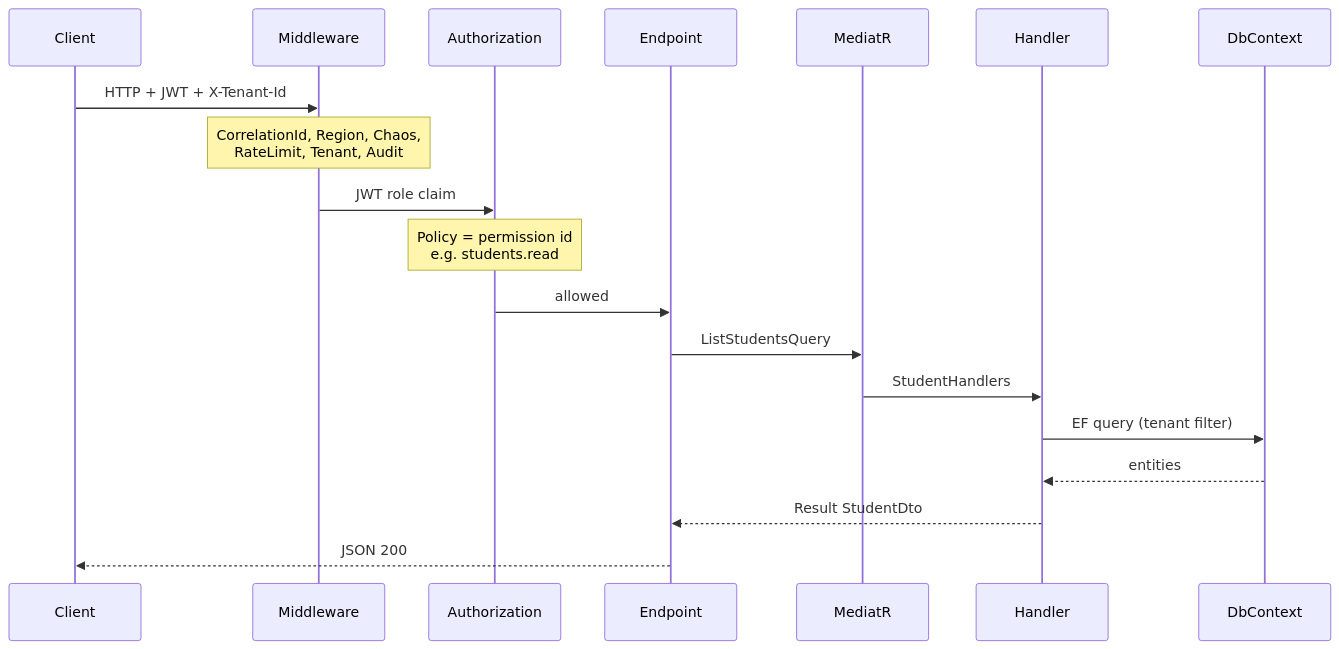
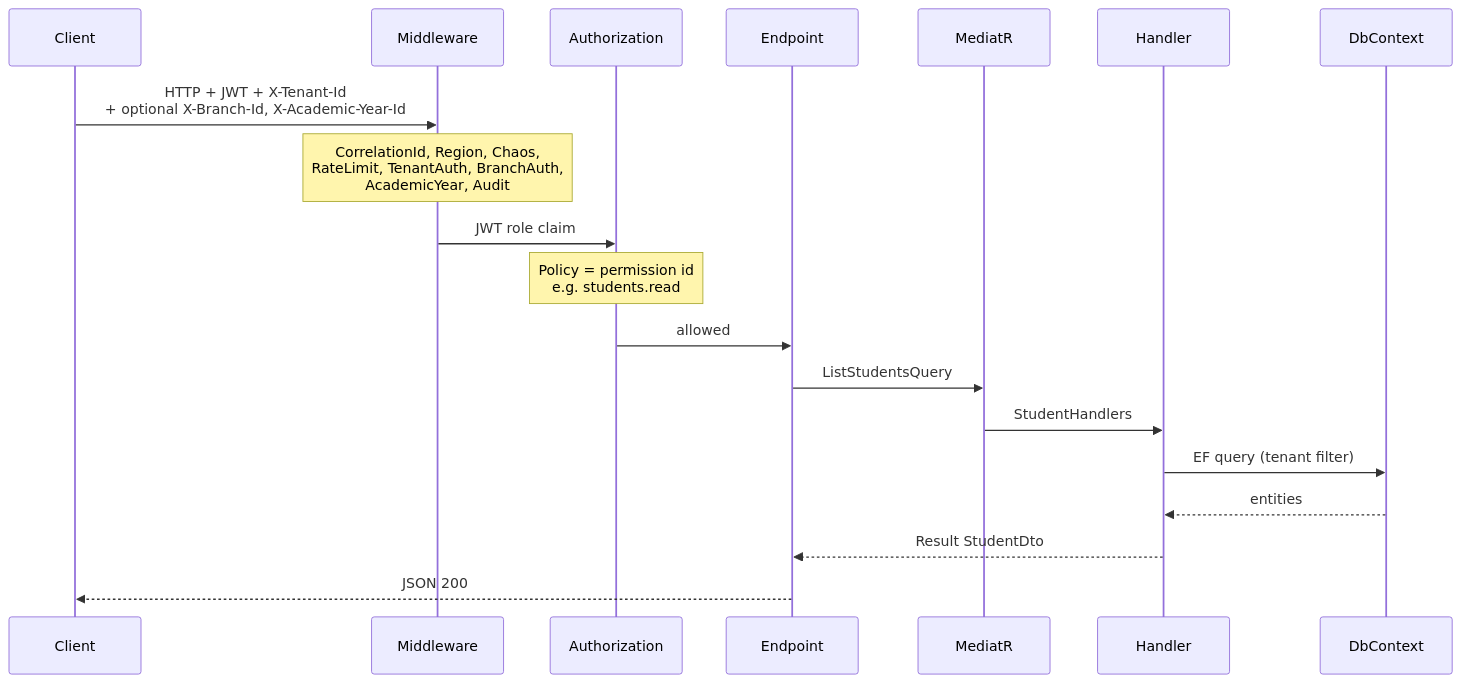
The second of 3 diagrams in docs/CODEBASE_GUIDE.md (abhishekrajverma/school-backend), drawn with Mermaid before and after one commit. The commit also changed other lines of this file and 137 other files, not shown here.

````diff
--- a/docs/CODEBASE_GUIDE.md
+++ b/docs/CODEBASE_GUIDE.md
@@ -66,22 +66,22 @@
 ```mermaid
 sequenceDiagram
     participant Client
     participant Middleware
     participant AuthZ as Authorization
     participant Endpoint
     participant MediatR
     participant Handler
     participant DbContext
 
-    Client->>Middleware: HTTP + JWT + X-Tenant-Id
-    Note over Middleware: CorrelationId, Region, Chaos,<br/>RateLimit, Tenant, Audit
+    Client->>Middleware: HTTP + JWT + X-Tenant-Id<br/>+ optional X-Branch-Id, X-Academic-Year-Id
+    Note over Middleware: CorrelationId, Region, Chaos,<br/>RateLimit, TenantAuth, BranchAuth,<br/>AcademicYear, Audit
     Middleware->>AuthZ: JWT role claim
     Note over AuthZ: Policy = permission id<br/>e.g. students.read
     AuthZ->>Endpoint: allowed
     Endpoint->>MediatR: ListStudentsQuery
     MediatR->>Handler: StudentHandlers
     Handler->>DbContext: EF query (tenant filter)
     DbContext-->>Handler: entities
     Handler-->>Endpoint: Result StudentDto
     Endpoint-->>Client: JSON 200
 ```
````
